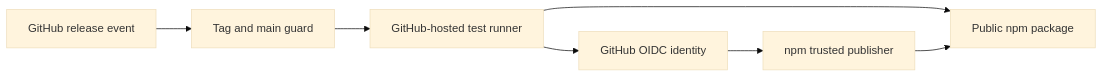
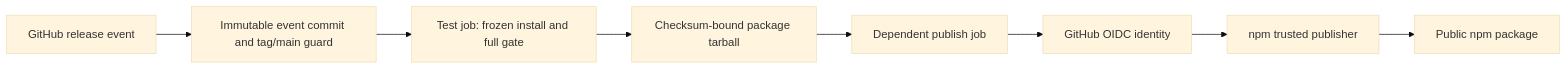
One commit to antoniofulg/workflow-toolkit changed the diagram in .specs/features/npm-trusted-publishing/plan.md. Above: the diagram before and after it, drawn with Mermaid (base theme). The commit also changed other lines of this file and 4 other files, not shown here.

Commit message:
fix(release): isolate npm publish credentials from tests

````diff
--- a/.specs/features/npm-trusted-publishing/plan.md
+++ b/.specs/features/npm-trusted-publishing/plan.md
@@ -119,9 +120,10 @@
 ```mermaid
 flowchart LR
-  Release[GitHub release event] --> Guard[Tag and main guard]
-  Guard --> Runner[GitHub-hosted test runner]
-  Runner --> OIDC[GitHub OIDC identity]
+  Release[GitHub release event] --> Guard[Immutable event commit and tag/main guard]
+  Guard --> Test[Test job: frozen install and full gate]
+  Test --> Artifact[Checksum-bound package tarball]
+  Artifact --> Publish[Dependent publish job]
+  Publish --> OIDC[GitHub OIDC identity]
   OIDC --> NPM[npm trusted publisher]
-  Runner --> Package[Public npm package]
-  NPM --> Package
+  NPM --> Package[Public npm package]
 ```
````
